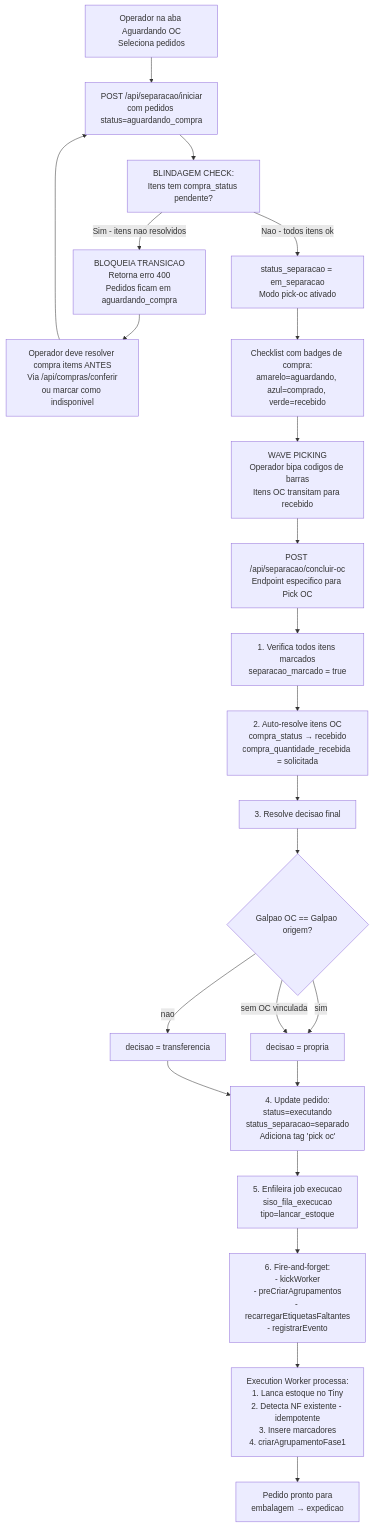
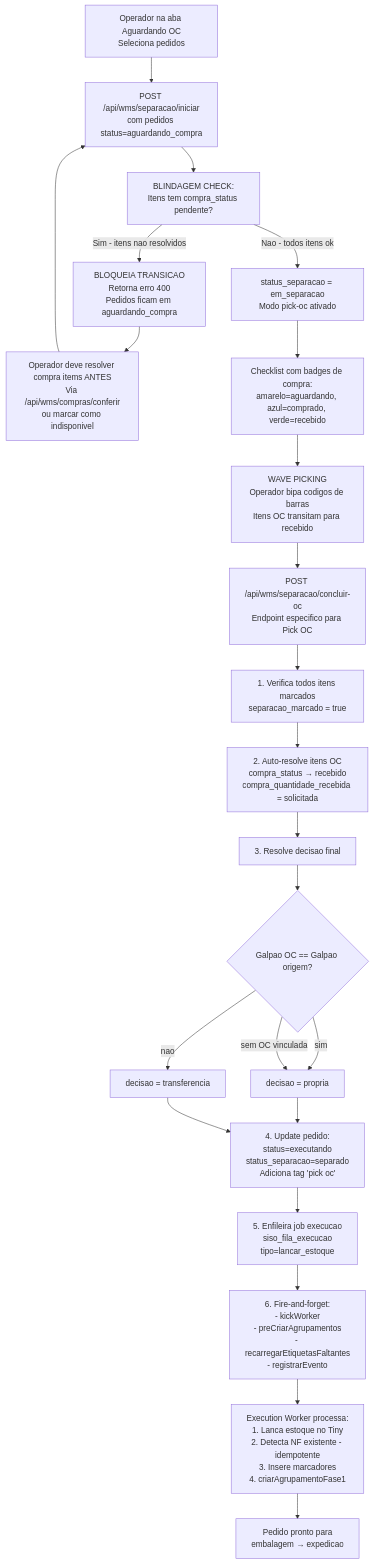
Before and after one commit to Eryk-dev/estoquelever: the sixth of 18 diagrams in docs/diagramas/fluxos-siso.md, drawn with Mermaid. The commit also changed other lines of this file and 20 other files, not shown here.

````diff
--- a/docs/diagramas/fluxos-siso.md
+++ b/docs/diagramas/fluxos-siso.md
@@ -297,36 +297,36 @@
 ```mermaid
 flowchart TD
-    A["Operador na aba Aguardando OC<br/>Seleciona pedidos"] --> B["POST /api/separacao/iniciar<br/>com pedidos status=aguardando_compra"]
+    A["Operador na aba Aguardando OC<br/>Seleciona pedidos"] --> B["POST /api/wms/separacao/iniciar<br/>com pedidos status=aguardando_compra"]
 
     B --> C["BLINDAGEM CHECK:<br/>Itens tem compra_status pendente?"]
 
     C -->|Sim - itens nao resolvidos| D["BLOQUEIA TRANSICAO<br/>Retorna erro 400<br/>Pedidos ficam em aguardando_compra"]
-    D --> E["Operador deve resolver compra items ANTES<br/>Via /api/compras/conferir<br/>ou marcar como indisponivel"]
+    D --> E["Operador deve resolver compra items ANTES<br/>Via /api/wms/compras/conferir<br/>ou marcar como indisponivel"]
     E --> B
 
     C -->|Nao - todos itens ok| F["status_separacao = em_separacao<br/>Modo pick-oc ativado"]
     F --> G["Checklist com badges de compra:<br/>amarelo=aguardando, azul=comprado, verde=recebido"]
 
     G --> H["WAVE PICKING<br/>Operador bipa codigos de barras<br/>Itens OC transitam para recebido"]
 
-    H --> I["POST /api/separacao/concluir-oc<br/>Endpoint especifico para Pick OC"]
+    H --> I["POST /api/wms/separacao/concluir-oc<br/>Endpoint especifico para Pick OC"]
 
     I --> J["1. Verifica todos itens marcados<br/>separacao_marcado = true"]
     J --> K["2. Auto-resolve itens OC<br/>compra_status → recebido<br/>compra_quantidade_recebida = solicitada"]
     K --> L["3. Resolve decisao final"]
 
     L --> M{"Galpao OC == Galpao origem?"}
     M -->|sim| N["decisao = propria"]
     M -->|nao| O["decisao = transferencia"]
     M -->|"sem OC vinculada"| N
 
     N --> P["4. Update pedido:<br/>status=executando<br/>status_separacao=separado<br/>Adiciona tag 'pick oc'"]
     O --> P
 
     P --> Q["5. Enfileira job execucao<br/>siso_fila_execucao<br/>tipo=lancar_estoque"]
     Q --> R["6. Fire-and-forget:<br/>- kickWorker<br/>- preCriarAgrupamentos<br/>- recarregarEtiquetasFaltantes<br/>- registrarEvento"]
 
     R --> S["Execution Worker processa:<br/>1. Lanca estoque no Tiny<br/>2. Detecta NF existente - idempotente<br/>3. Insere marcadores<br/>4. criarAgrupamentoFase1"]
 
     S --> T["Pedido pronto para<br/>embalagem → expedicao"]
 ```
````
